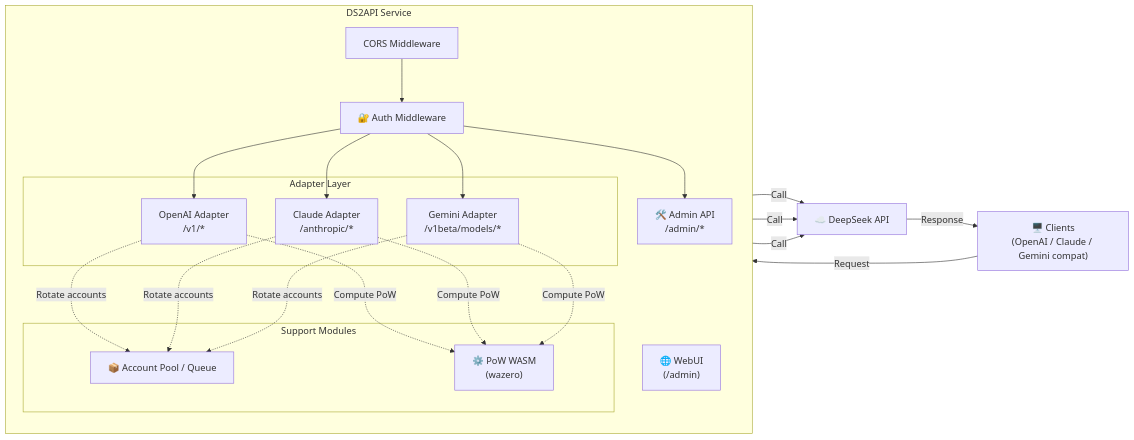
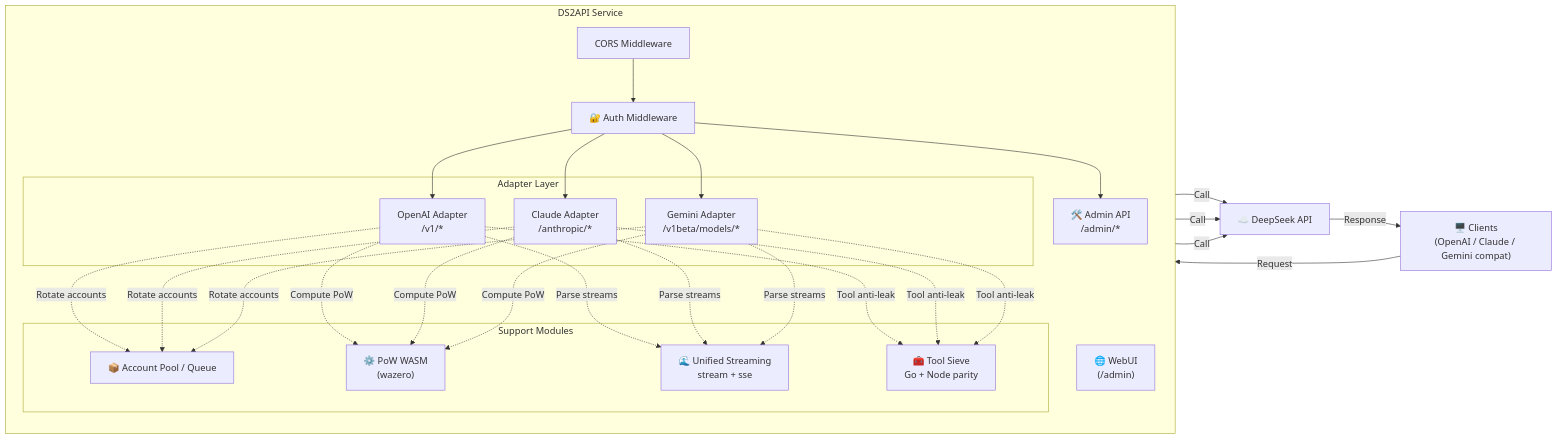
The diagram in README.en.md (SZzyw/dsp), drawn with Mermaid before and after one commit. The commit also changed other lines of this file and 8 other files, not shown here.

Commit message:
docs: align architecture diagram and structure with current code

````diff
--- a/README.en.md
+++ b/README.en.md
@@ -29,34 +29,38 @@
 ```mermaid
 flowchart LR
     Client["🖥️ Clients\n(OpenAI / Claude / Gemini compat)"]
 
     subgraph DS2API["DS2API Service"]
         direction TB
         CORS["CORS Middleware"]
         Auth["🔐 Auth Middleware"]
 
         subgraph Adapters["Adapter Layer"]
             OA["OpenAI Adapter\n/v1/*"]
             CA["Claude Adapter\n/anthropic/*"]
             GA["Gemini Adapter\n/v1beta/models/*"]
         end
 
         subgraph Support["Support Modules"]
             Pool["📦 Account Pool / Queue"]
             PoW["⚙️ PoW WASM\n(wazero)"]
+            Stream["🌊 Unified Streaming\nstream + sse"]
+            Sieve["🧰 Tool Sieve\nGo + Node parity"]
         end
 
         Admin["🛠️ Admin API\n/admin/*"]
         WebUI["🌐 WebUI\n(/admin)"]
     end
 
     DS["☁️ DeepSeek API"]
 
     Client -- "Request" --> CORS --> Auth
     Auth --> OA & CA & GA
     OA & CA & GA -- "Call" --> DS
     Auth --> Admin
     OA & CA & GA -. "Rotate accounts" .-> Pool
     OA & CA & GA -. "Compute PoW" .-> PoW
+    OA & CA & GA -. "Parse streams" .-> Stream
+    OA & CA & GA -. "Tool anti-leak" .-> Sieve
     DS -- "Response" --> Client
 ```
````
